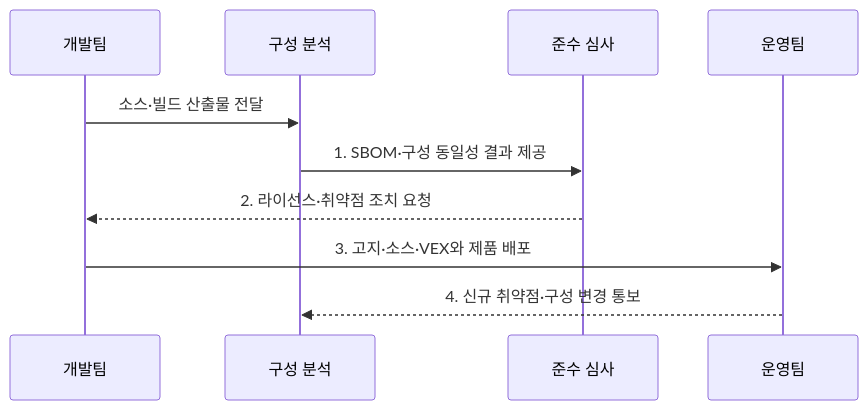
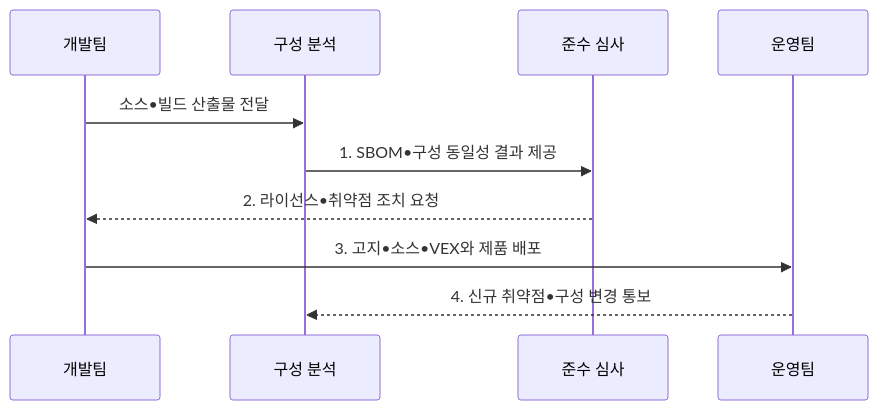
The second of 2 diagrams in src/content/docs/notes/07-law-policy/041_open_source_compliance_sbom.md (agnusdei1207/knowledge-base), drawn with Mermaid before and after one commit. The commit also changed other lines of this file and 953 other files, not shown here.

````diff
--- a/src/content/docs/notes/07-law-policy/041_open_source_compliance_sbom.md
+++ b/src/content/docs/notes/07-law-policy/041_open_source_compliance_sbom.md
@@ -102,12 +102,12 @@
 ```mermaid
 sequenceDiagram
     participant D as 개발팀
     participant S as 구성 분석
     participant R as 준수 심사
     participant O as 운영팀
-    D->>S: 소스·빌드 산출물 전달
-    S->>R: 1. SBOM·구성 동일성 결과 제공
-    R-->>D: 2. 라이선스·취약점 조치 요청
-    D->>O: 3. 고지·소스·VEX와 제품 배포
-    O-->>S: 4. 신규 취약점·구성 변경 통보
+    D->>S: 소스•빌드 산출물 전달
+    S->>R: 1. SBOM•구성 동일성 결과 제공
+    R-->>D: 2. 라이선스•취약점 조치 요청
+    D->>O: 3. 고지•소스•VEX와 제품 배포
+    O-->>S: 4. 신규 취약점•구성 변경 통보
 ```
````
